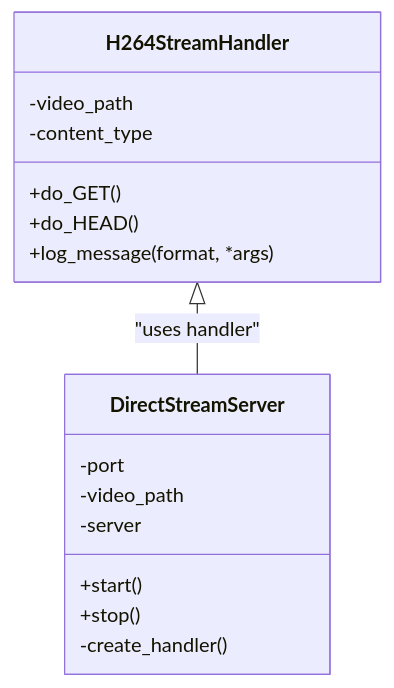
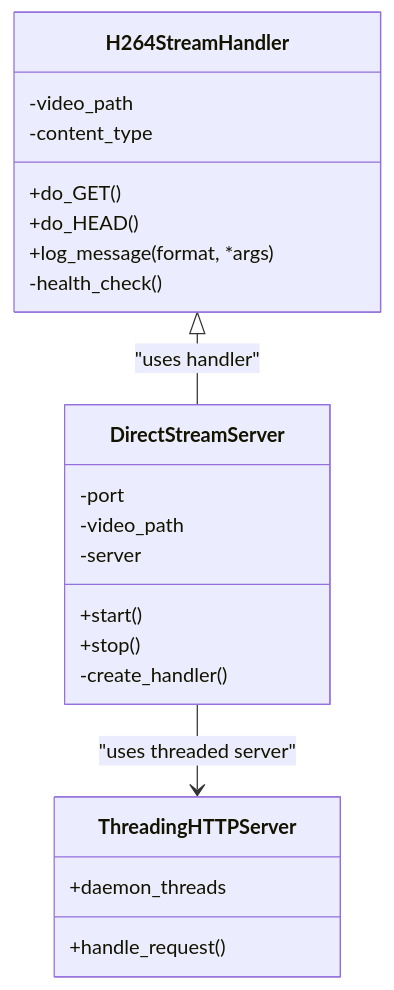
The third of 4 diagrams in .qoder/repowiki/en/content/Deployment Infrastructure/HTTP Streaming Server.md (Fogus-Gr/MeasurementsDTs), drawn with Mermaid before and after one commit. The commit also changed other lines of this file and 7 other files, not shown here.

````diff
--- a/.qoder/repowiki/en/content/Deployment Infrastructure/HTTP Streaming Server.md
+++ b/.qoder/repowiki/en/content/Deployment Infrastructure/HTTP Streaming Server.md
@@ -170,19 +199,25 @@
 ```mermaid
 classDiagram
 class H264StreamHandler {
 +do_GET()
 +do_HEAD()
 +log_message(format, *args)
+-health_check()
 -video_path
 -content_type
 }
 class DirectStreamServer {
 +start()
 +stop()
 -create_handler()
 -port
 -video_path
 -server
 }
+class ThreadingHTTPServer {
++daemon_threads
++handle_request()
+}
 H264StreamHandler <|-- DirectStreamServer : "uses handler"
+DirectStreamServer --> ThreadingHTTPServer : "uses threaded server"
 ```
````
